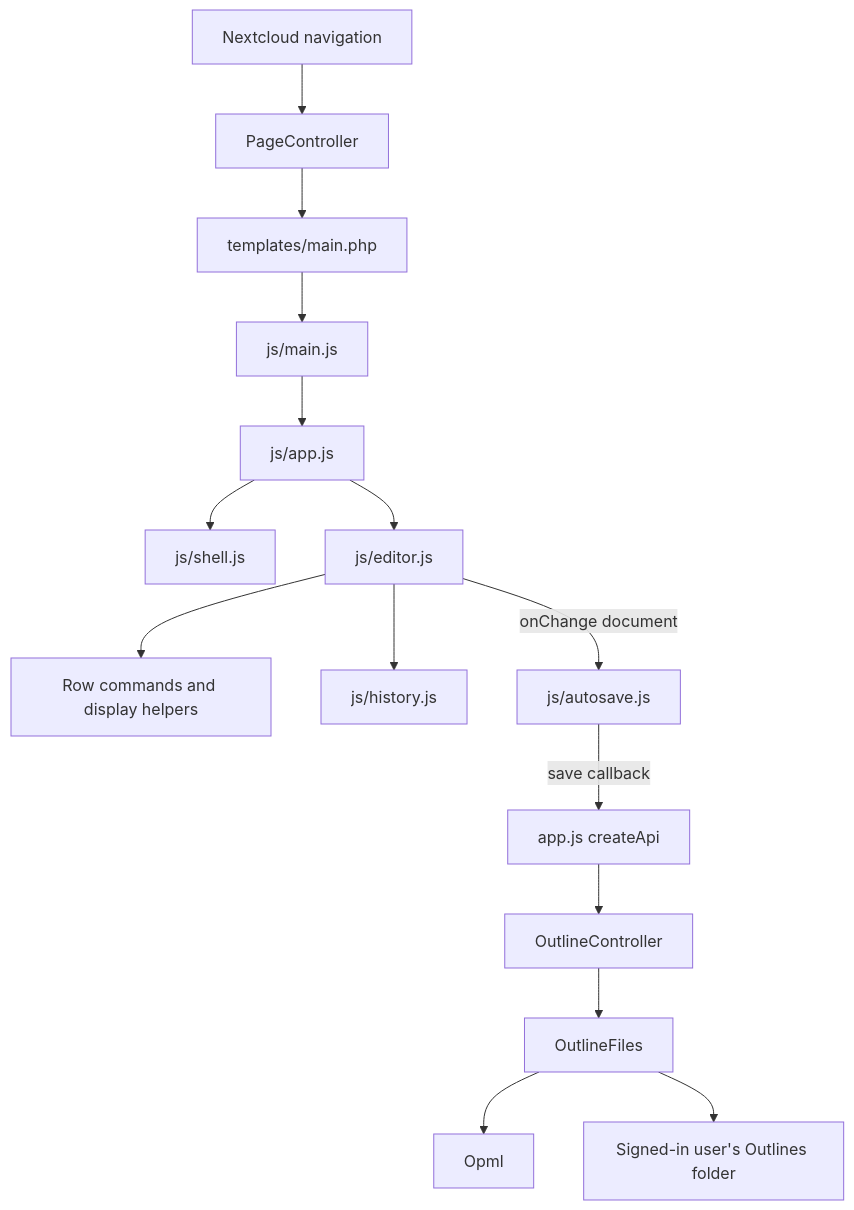
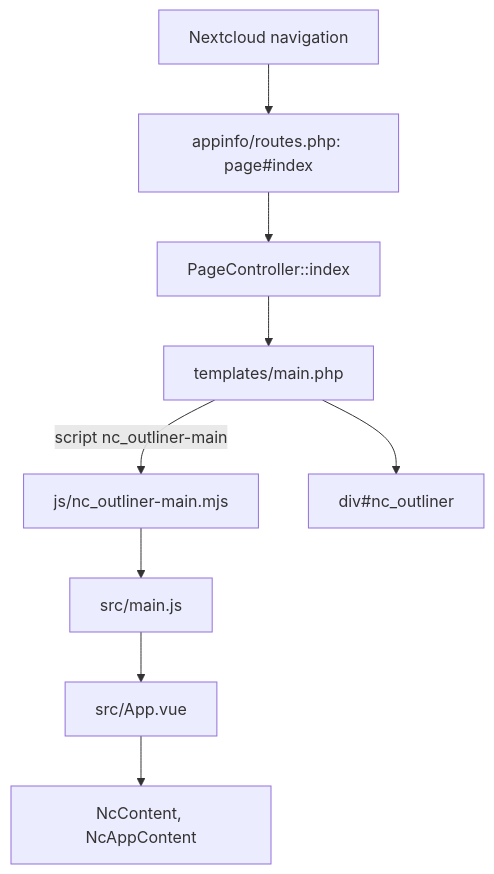
One commit to iannitram/nc-outliner changed the diagram in CODEMAP.md. Above: the diagram before and after it, drawn with Mermaid. The commit also changed other lines of this file and 20 other files, not shown here.

First line of the commit message:
Vue 3 Nextcloud app skeleton with tests, lint and CI (Refs #84)

````diff
--- a/CODEMAP.md
+++ b/CODEMAP.md
@@ -13,17 +25,11 @@
 ```mermaid
 flowchart TD
-    NC[Nextcloud navigation] --> Page[PageController]
+    NC[Nextcloud navigation] --> Route[appinfo/routes.php: page#index]
+    Route --> Page[PageController::index]
     Page --> Template[templates/main.php]
-    Template --> Bootstrap[js/main.js]
-    Bootstrap --> App[js/app.js]
-    App --> Shell[js/shell.js]
-    App --> Editor[js/editor.js]
-    Editor --> Commands[Row commands and display helpers]
-    Editor --> History[js/history.js]
-    Editor -->|onChange document| Autosave[js/autosave.js]
-    Autosave -->|save callback| API[app.js createApi]
-    API --> Controller[OutlineController]
-    Controller --> Files[OutlineFiles]
-    Files --> Codec[Opml]
-    Files --> UserFiles[Signed-in user's Outlines folder]
+    Template -->|script nc_outliner-main| Bundle["js/nc_outliner-main.mjs"]
+    Template --> Mount["div#nc_outliner"]
+    Bundle --> Main[src/main.js]
+    Main --> App[src/App.vue]
+    App --> Content[NcContent, NcAppContent]
 ```
````
